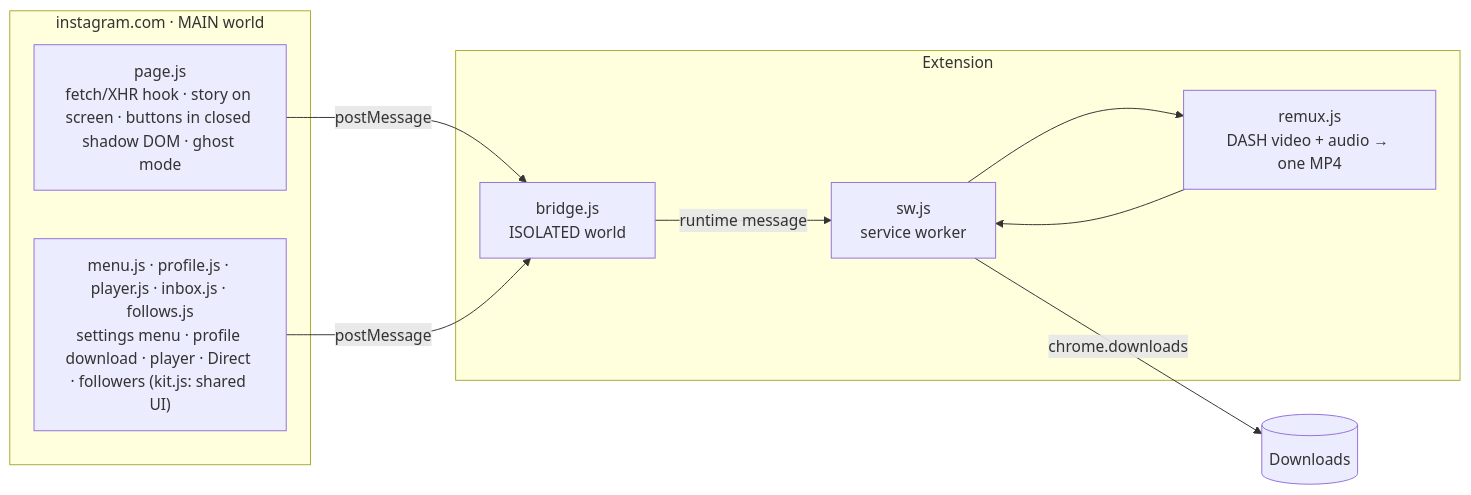
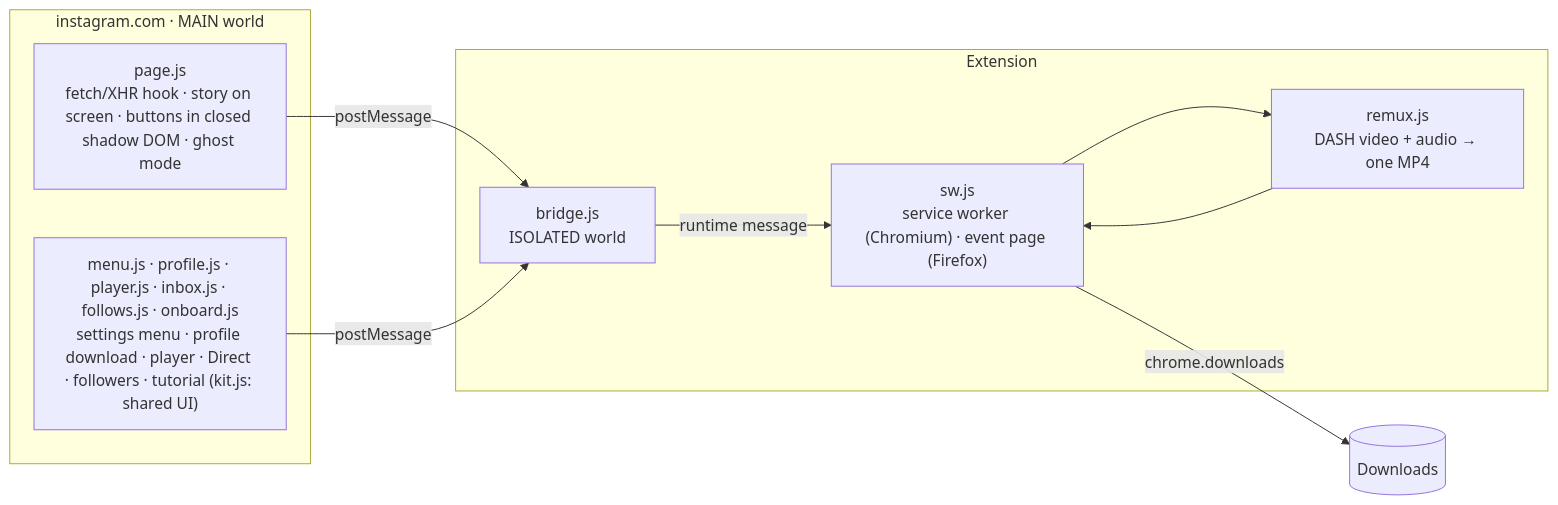
Before and after one commit to DredsGG/salva-stories: the diagram in README.md, drawn with Mermaid. The commit also changed other lines of this file and 36 other files, not shown here.

Commit message:
v1.7.1: Chrome, Edge, Brave, Opera GX and Firefox; PT/EN/ES from the browser; tutorial, what's new and update notices on the page; bulk unfollow and ignore

````diff
--- a/README.md
+++ b/README.md
@@ -103,15 +122,15 @@
 ```mermaid
 flowchart LR
   subgraph Page["instagram.com · MAIN world"]
     P["page.js<br/>fetch/XHR hook · story on screen · buttons in closed shadow DOM · ghost mode"]
-    M["menu.js · profile.js · player.js · inbox.js · follows.js<br/>settings menu · profile download · player · Direct · followers (kit.js: shared UI)"]
+    M["menu.js · profile.js · player.js · inbox.js · follows.js · onboard.js<br/>settings menu · profile download · player · Direct · followers · tutorial (kit.js: shared UI)"]
   end
   subgraph Ext["Extension"]
     B["bridge.js<br/>ISOLATED world"]
-    SW["sw.js<br/>service worker"]
+    SW["sw.js<br/>service worker (Chromium) · event page (Firefox)"]
     R["remux.js<br/>DASH video + audio → one MP4"]
   end
   P & M -- postMessage --> B -- runtime message --> SW
   SW -- chrome.downloads --> D[("Downloads")]
   SW --> R --> SW
 ```
````
